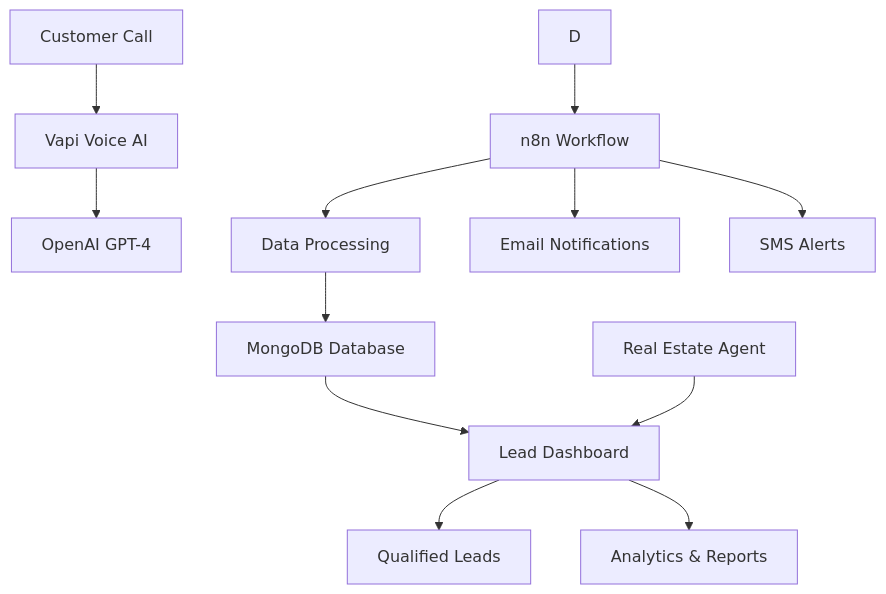
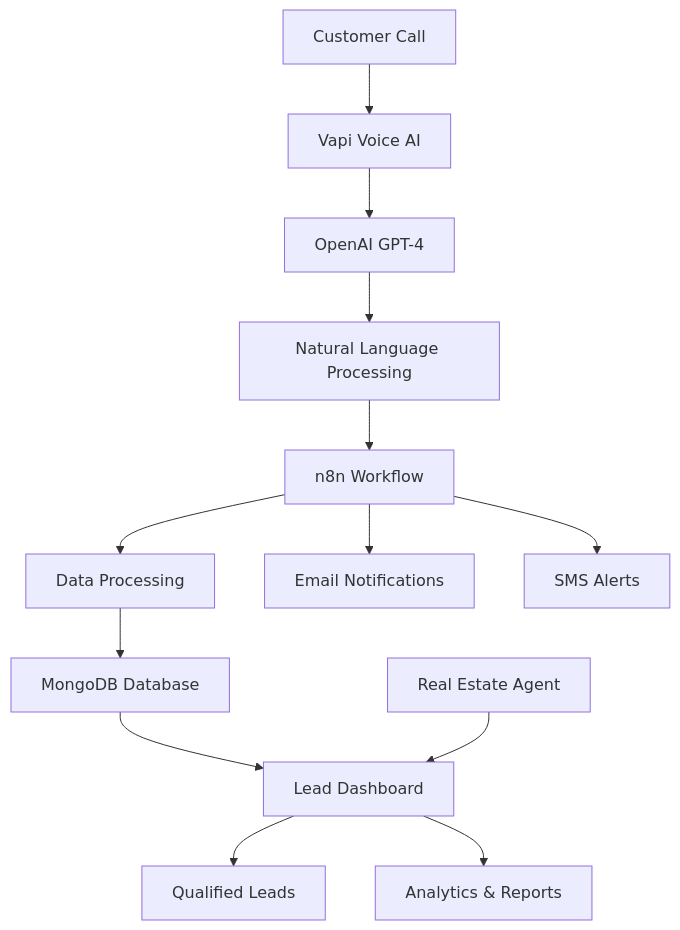
One commit to JaYRaNa213/Real-Estate-AI-Sales-Qualification-Bot changed the diagram in Readme.md. Above: the diagram before and after it, drawn with Mermaid.

````diff
--- a/Readme.md
+++ b/Readme.md
@@ -115,17 +115,17 @@
 ```mermaid
 graph TD
     A[Customer Call] --> B[Vapi Voice AI]
     B --> C[OpenAI GPT-4]
+    C --> D[Natural Language Processing]
     D --> E[n8n Workflow]
     E --> F[Data Processing]
     F --> G[MongoDB Database]
     G --> H[Lead Dashboard]
     
     I[Real Estate Agent] --> H
     H --> J[Qualified Leads]
     H --> K[Analytics & Reports]
     
-    
     E --> M[Email Notifications]
     E --> N[SMS Alerts]
 ```
````
